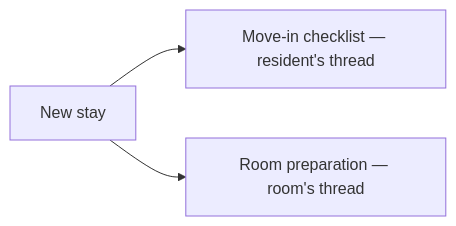
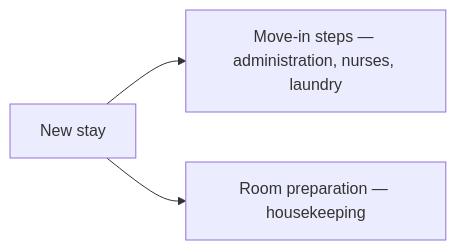
The diagram in content/residents/procedure-emmenagement.md (lplg-europe/resthome-documentation), drawn with Mermaid before and after one commit. The commit also changed other lines of this file and 861 other files, not shown here.

````diff
--- a/content/residents/procedure-emmenagement.md
+++ b/content/residents/procedure-emmenagement.md
@@ -40,5 +34,5 @@
 ```mermaid
 graph LR
-  A[New stay] --> B[Move-in checklist — resident's thread]
-  A --> C[Room preparation — room's thread]
+  A[New stay] --> B[Move-in steps — administration, nurses, laundry]
+  A --> C[Room preparation — housekeeping]
 ```
````
